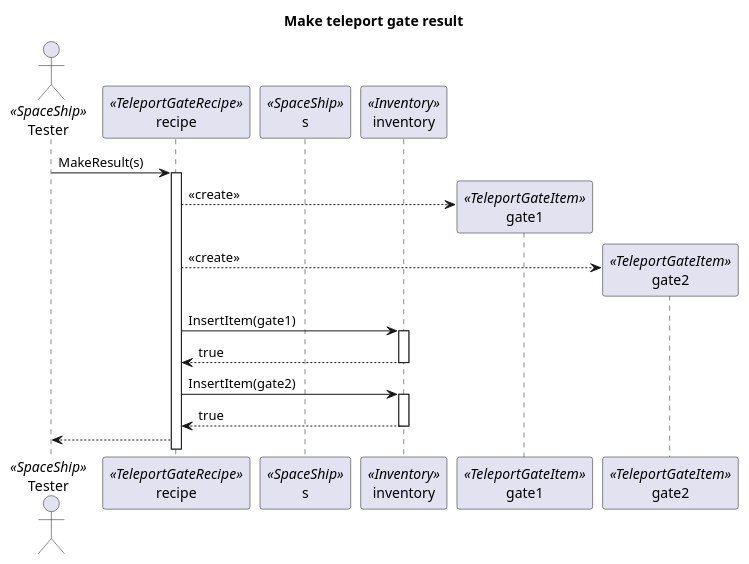
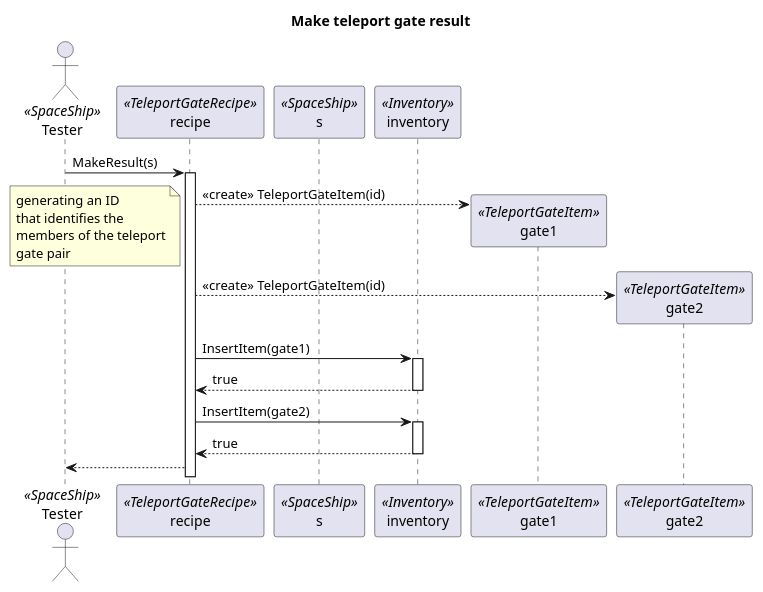
The diagram in docs/bead07/Diagrams/Craft/Gate_MakeResult.puml (viseguard-studios/Documentation), drawn with PlantUML before and after one commit.

Commit message:
fixing teleportgate constructor (seq)

```diff
--- a/docs/bead07/Diagrams/Craft/Gate_MakeResult.puml
+++ b/docs/bead07/Diagrams/Craft/Gate_MakeResult.puml
@@ -1,26 +1,34 @@
 @startuml
 actor Tester as Tester<<SpaceShip>>
 participant recipe as recipe <<TeleportGateRecipe>>
 participant s as s <<SpaceShip>>
 participant inventory as inventory <<Inventory>>
 participant gate1 as gate1 <<TeleportGateItem>>
 participant gate2 as gate2 <<TeleportGateItem>>
 
 title Make teleport gate result
 Tester-> recipe++: MakeResult(s)
 
 create gate1
-recipe --> gate1: <<create>>
+recipe --> gate1: <<create>> TeleportGateItem(id)
+
+note left
+generating an ID 
+that identifies the 
+members of the teleport
+gate pair
+end note
+
 create gate2
-recipe --> gate2: <<create>>
+recipe --> gate2: <<create>> TeleportGateItem(id)
 
 recipe -> inventory++: InsertItem(gate1)
 inventory --> recipe--: true
 recipe -> inventory++: InsertItem(gate2)
 inventory --> recipe--: true
 
 recipe --> Tester: 
 
  
 
 @enduml
```
